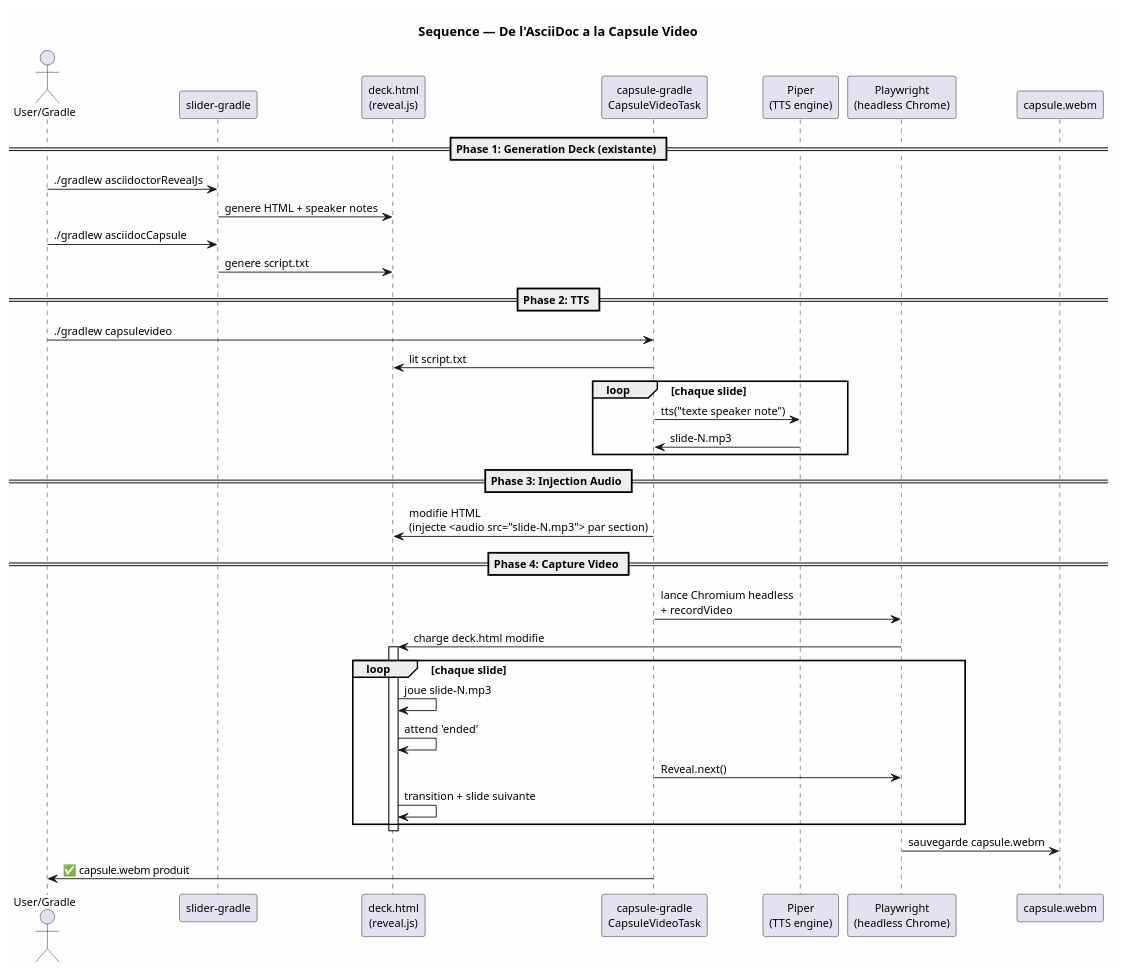
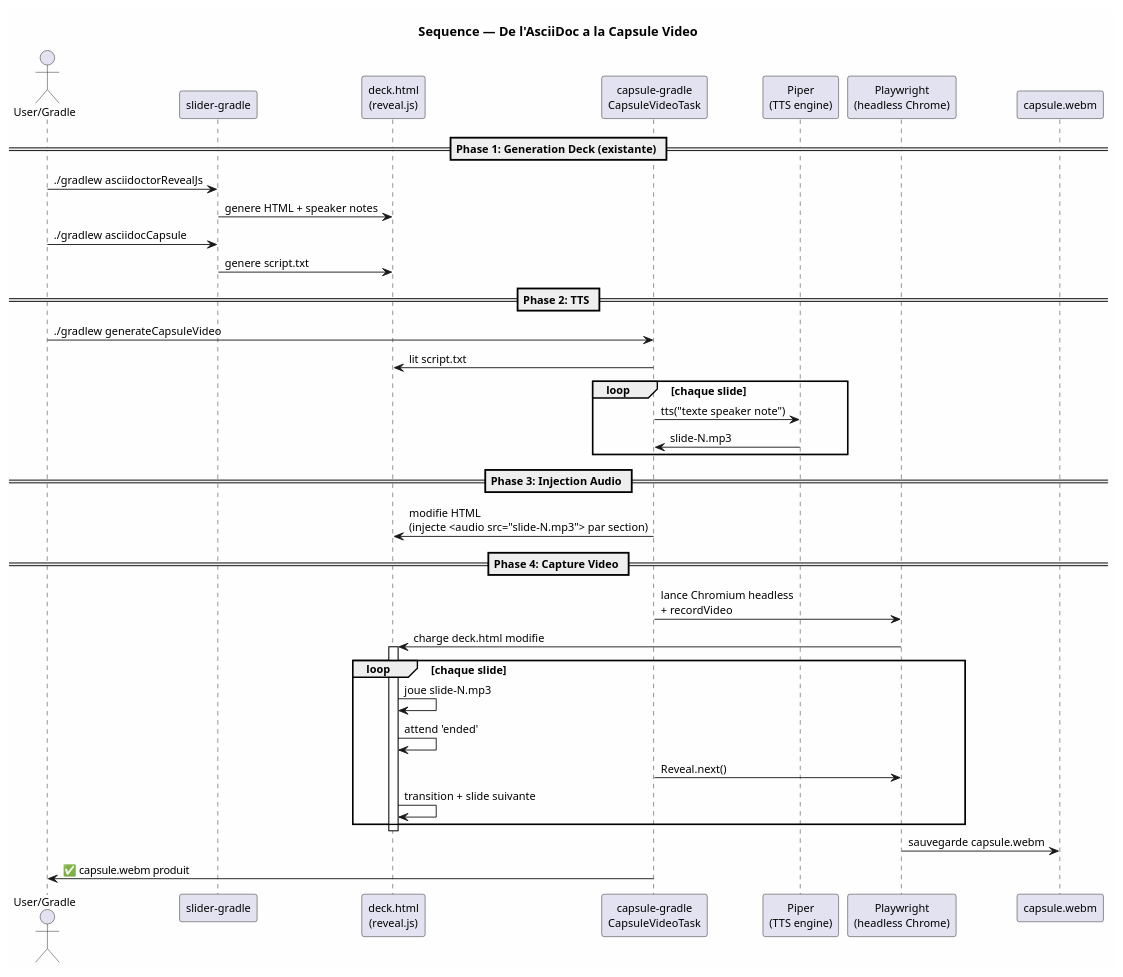
One commit to cheroliv/capsule-gradle changed the third of 4 diagrams in capsule-plugin/doc/CAPSULE_ARCHITECTURE.adoc. Above: the diagram before and after it, drawn with PlantUML. The commit also changed 23 other files, not shown here.

Commit message:
EPIC K K-1: renommage taxonomie (7 taches prefixees generateCapsule*/collectCapsule*/deployCapsule/transformCapsuleContext)

```diff
--- a/capsule-plugin/doc/CAPSULE_ARCHITECTURE.adoc
+++ b/capsule-plugin/doc/CAPSULE_ARCHITECTURE.adoc
@@ -121,48 +121,48 @@
 [plantuml,target="sequence",format="svg"]
 ----
 @startuml
 skinparam backgroundColor #FEFEFE
 skinparam defaultFontSize 12
 
 title Sequence — De l'AsciiDoc a la Capsule Video
 
 actor "User/Gradle" as user
 participant "slider-gradle" as slider
 participant "deck.html\n(reveal.js)" as deck
 participant "capsule-gradle\nCapsuleVideoTask" as capsule
 participant "Piper\n(TTS engine)" as piper
 participant "Playwright\n(headless Chrome)" as playwright
 participant "capsule.webm" as output
 
 == Phase 1: Generation Deck (existante) ==
 user -> slider : ./gradlew asciidoctorRevealJs
 slider -> deck : genere HTML + speaker notes
 user -> slider : ./gradlew asciidocCapsule
 slider -> deck : genere script.txt
 
 == Phase 2: TTS ==
-user -> capsule : ./gradlew capsulevideo
+user -> capsule : ./gradlew generateCapsuleVideo
 capsule -> deck : lit script.txt
 loop chaque slide
   capsule -> piper : tts("texte speaker note")
   piper -> capsule : slide-N.mp3
 end
 
 == Phase 3: Injection Audio ==
 capsule -> deck : modifie HTML\n(injecte <audio src="slide-N.mp3"> par section)
 
 == Phase 4: Capture Video ==
 capsule -> playwright : lance Chromium headless\n+ recordVideo
 playwright -> deck : charge deck.html modifie
 activate deck
 loop chaque slide
   deck -> deck : joue slide-N.mp3
   deck -> deck : attend 'ended'
   capsule -> playwright : Reveal.next()
   deck -> deck : transition + slide suivante
 end
 deactivate deck
 playwright -> output : sauvegarde capsule.webm
 capsule -> user : ✅ capsule.webm produit
 @enduml
 ----
```
